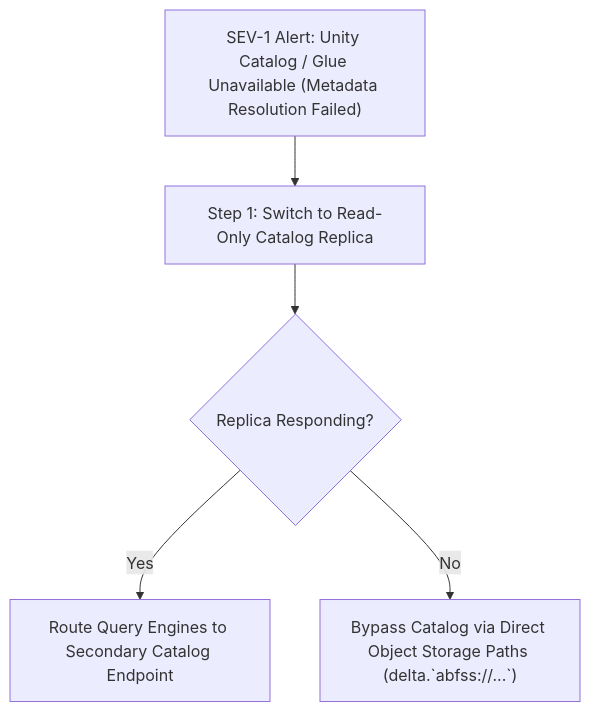
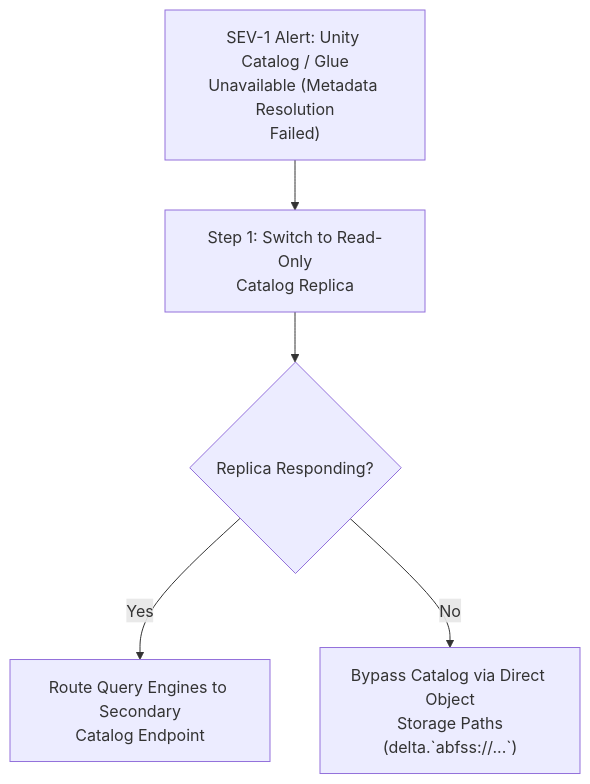
One commit to santoshjammi29/data-system-design-handbook changed the diagram in runbooks/05_lakehouse_catalog_lockout_and_disaster_recovery.md. Above: the diagram before and after it, drawn with Mermaid. The commit also changed 15 other files, not shown here.

Commit message:
fix(diagrams): word-wrap labels and escape comparison operators across all diagrams

````diff
--- a/runbooks/05_lakehouse_catalog_lockout_and_disaster_recovery.md
+++ b/runbooks/05_lakehouse_catalog_lockout_and_disaster_recovery.md
@@ -12,8 +12,8 @@
 ```mermaid
 flowchart TD
-    Alert["SEV-1 Alert: Unity Catalog / Glue Unavailable (Metadata Resolution Failed)"] --> FailoverCatalog["Step 1: Switch to Read-Only Catalog Replica"]
+    Alert["SEV-1 Alert: Unity Catalog / Glue<br/>Unavailable (Metadata Resolution<br/>Failed)"] --> FailoverCatalog["Step 1: Switch to Read-Only<br/>Catalog Replica"]
     FailoverCatalog --> SuccessCheck{"Replica Responding?"}
 
-    SuccessCheck -->|Yes| DirectTraffic["Route Query Engines to Secondary Catalog Endpoint"]
-    SuccessCheck -->|No| DirectPathFallback["Bypass Catalog via Direct Object Storage Paths (delta.`abfss://...`)"]
+    SuccessCheck -->|Yes| DirectTraffic["Route Query Engines to Secondary<br/>Catalog Endpoint"]
+    SuccessCheck -->|No| DirectPathFallback["Bypass Catalog via Direct Object<br/>Storage Paths<br/>(delta.`abfss://...`)"]
 ```
````
